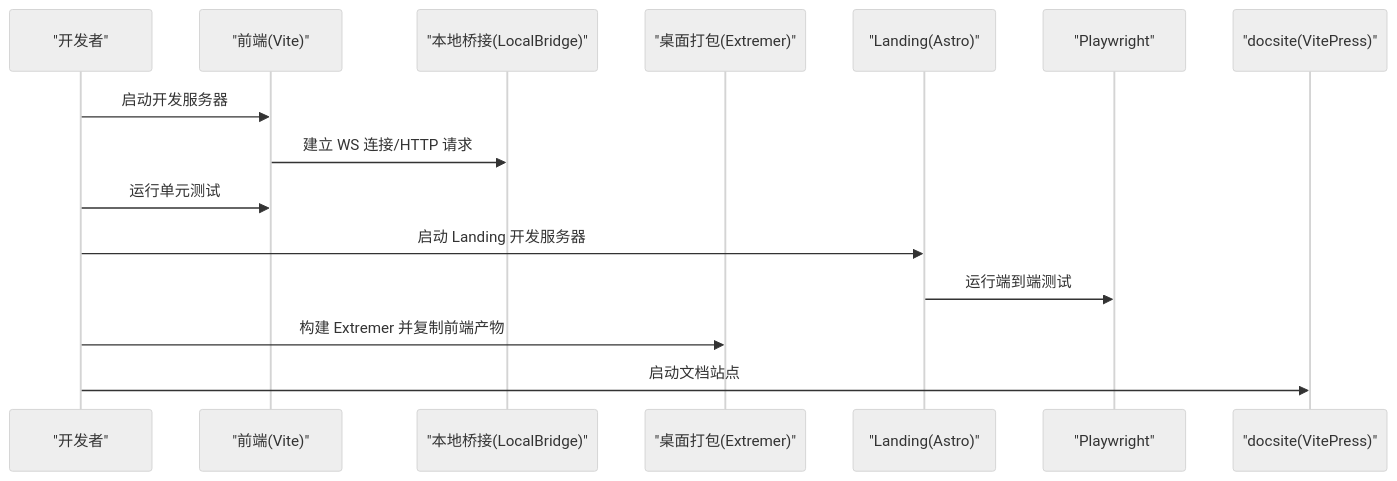
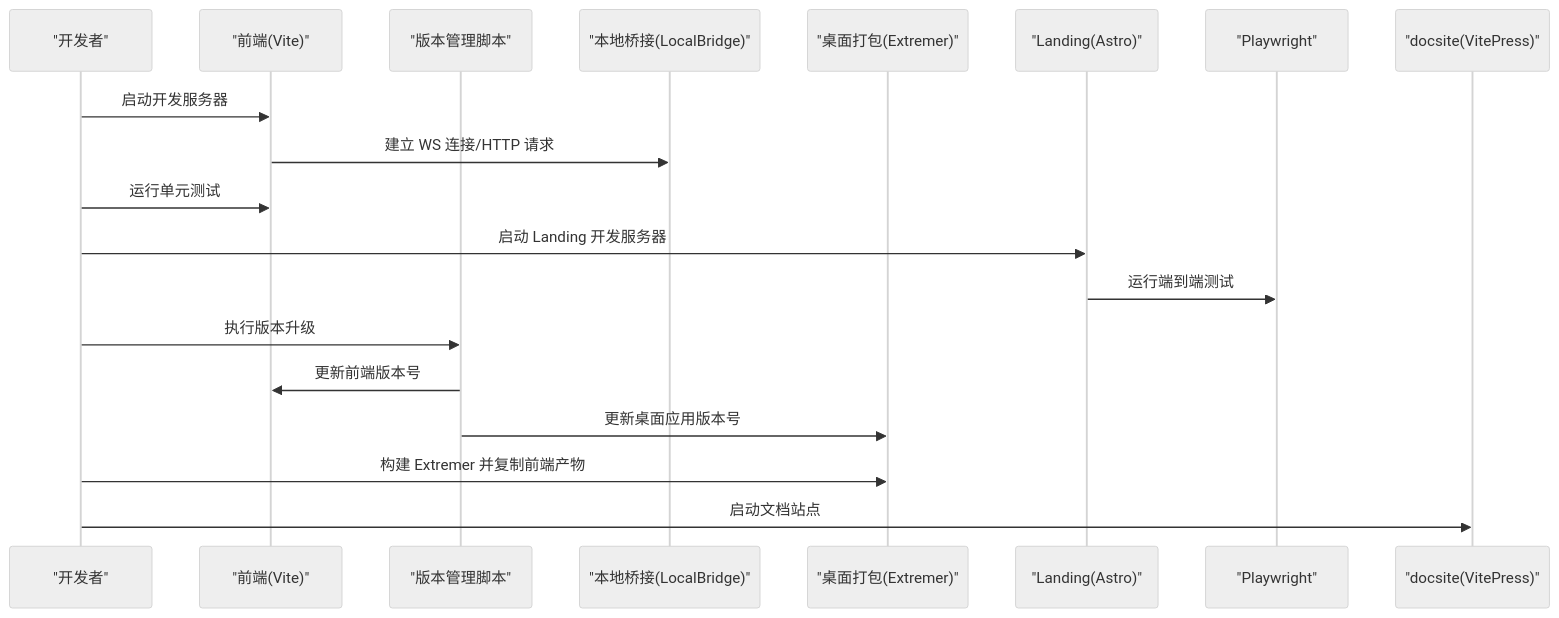
The second of 3 diagrams in .qoder/repowiki/zh/content/开发与测试.md (kqcoxn/MaaPipelineEditor), drawn with Mermaid (neutral theme) before and after one commit. The commit also changed other lines of this file and 15 other files, not shown here.

````diff
--- a/.qoder/repowiki/zh/content/开发与测试.md
+++ b/.qoder/repowiki/zh/content/开发与测试.md
@@ -113,17 +131,21 @@
 ```mermaid
 sequenceDiagram
 participant Dev as "开发者"
 participant FE as "前端(Vite)"
+participant VM as "版本管理脚本"
 participant LB as "本地桥接(LocalBridge)"
 participant EX as "桌面打包(Extremer)"
 participant LD as "Landing(Astro)"
 participant PW as "Playwright"
 participant DS as "docsite(VitePress)"
 Dev->>FE : 启动开发服务器
 FE->>LB : 建立 WS 连接/HTTP 请求
 Dev->>FE : 运行单元测试
 Dev->>LD : 启动 Landing 开发服务器
 LD->>PW : 运行端到端测试
+Dev->>VM : 执行版本升级
+VM->>FE : 更新前端版本号
+VM->>EX : 更新桌面应用版本号
 Dev->>EX : 构建 Extremer 并复制前端产物
 Dev->>DS : 启动文档站点
 ```
````
